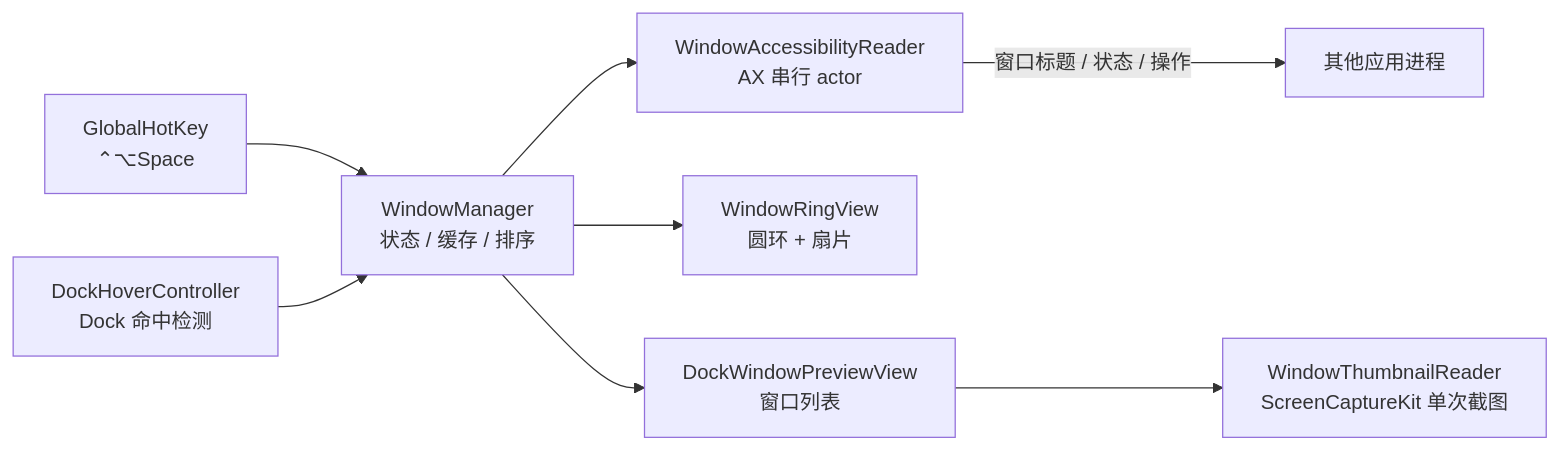
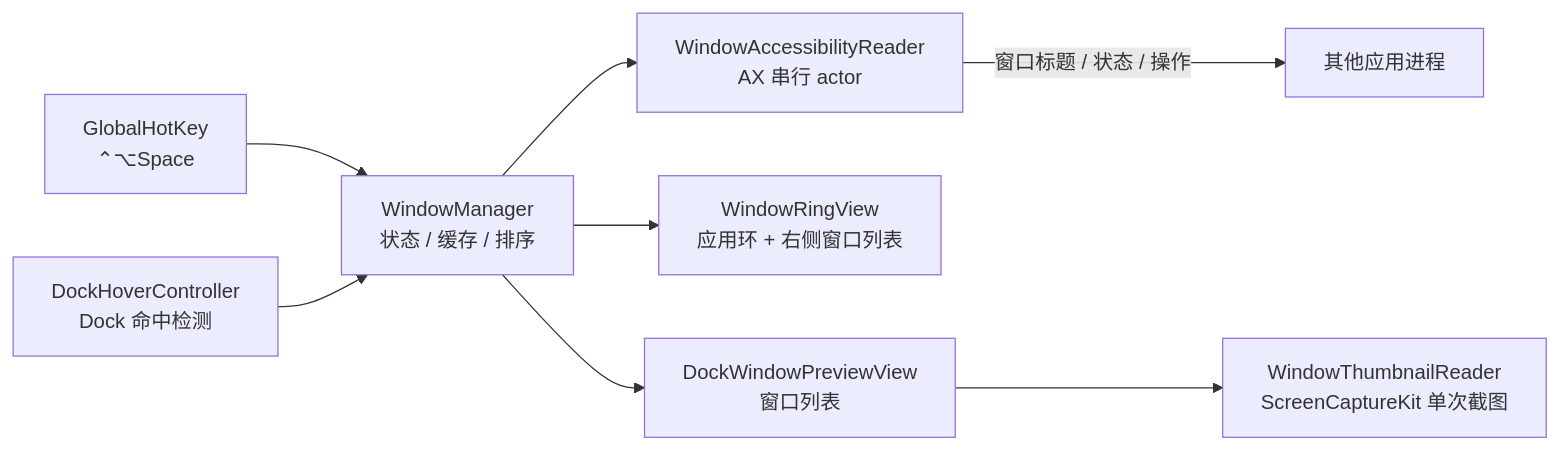
The diagram in README.md (lisentowind/my-mac-tab), drawn with Mermaid before and after one commit. The commit also changed other lines of this file and 9 other files, not shown here.

First line of the commit message:
feat(WindowRing): 重构窗口环为应用环+右侧列表设计

````diff
--- a/README.md
+++ b/README.md
@@ -111,10 +121,10 @@
 ```mermaid
 flowchart LR
     HK["GlobalHotKey<br/>⌃⌥Space"] --> WM["WindowManager<br/>状态 / 缓存 / 排序"]
     DH["DockHoverController<br/>Dock 命中检测"] --> WM
     WM --> AR["WindowAccessibilityReader<br/>AX 串行 actor"]
     AR -->|窗口标题 / 状态 / 操作| Apps["其他应用进程"]
-    WM --> RV["WindowRingView<br/>圆环 + 扇片"]
+    WM --> RV["WindowRingView<br/>应用环 + 右侧窗口列表"]
     WM --> DP["DockWindowPreviewView<br/>窗口列表"]
     DP --> TH["WindowThumbnailReader<br/>ScreenCaptureKit 单次截图"]
 ```
````
